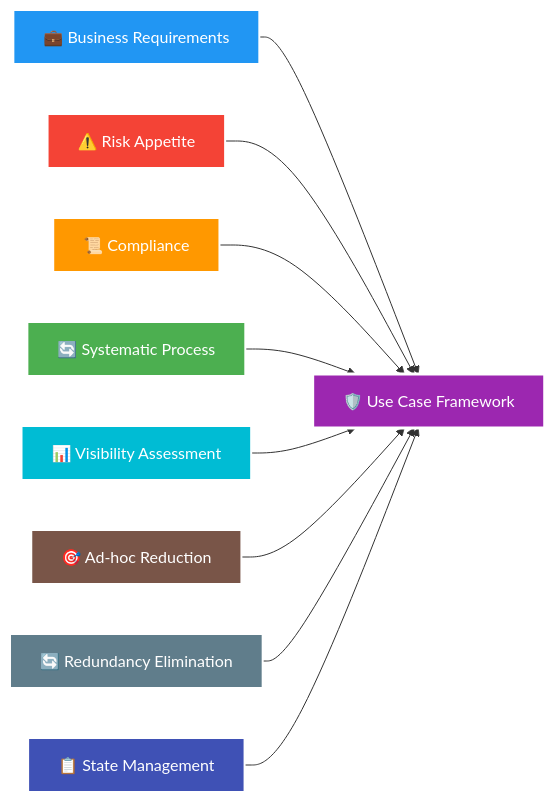
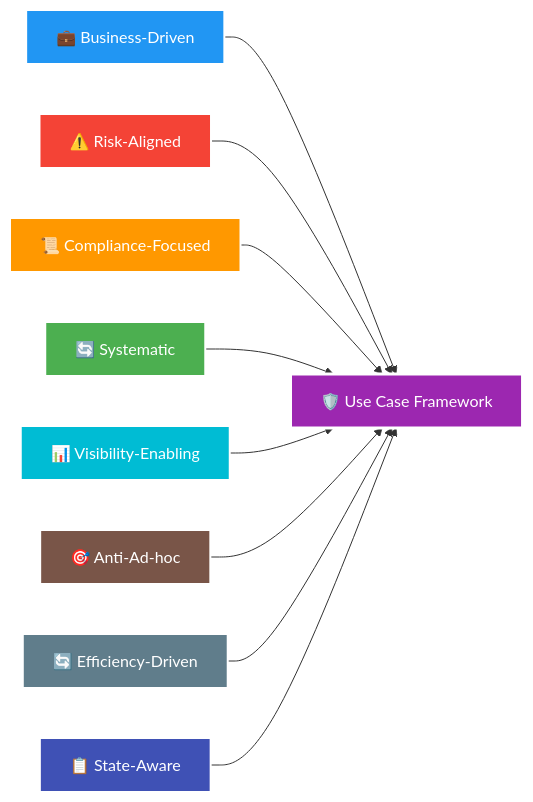
One commit to josamontiel/Detection-Engineering-Framework changed the fourth of 10 diagrams in DEF.md. Above: the diagram before and after it, drawn with Mermaid.

````diff
--- a/DEF.md
+++ b/DEF.md
@@ -193,21 +193,21 @@
 ```mermaid
 graph LR
-    A[💼 Business Requirements] --> B[🛡️ Use Case Framework]
-    C[⚠️ Risk Appetite] --> B
-    D[📜 Compliance] --> B
-    E[🔄 Systematic Process] --> B
-    F[📊 Visibility Assessment] --> B
-    G[🎯 Ad-hoc Reduction] --> B
-    H[🔄 Redundancy Elimination] --> B
-    I[📋 State Management] --> B
+    A[💼 Business-Driven] --> B[🛡️ Use Case Framework]
+    C[⚠️ Risk-Aligned] --> B
+    D[📜 Compliance-Focused] --> B
+    E[🔄 Systematic] --> B
+    F[📊 Visibility-Enabling] --> B
+    G[🎯 Anti-Ad-hoc] --> B
+    H[🔄 Efficiency-Driven] --> B
+    I[📋 State-Aware] --> B
     
     style A fill:#2196F3,stroke:#fff,stroke-width:2px,color:#fff
     style B fill:#9C27B0,stroke:#fff,stroke-width:3px,color:#fff
     style C fill:#F44336,stroke:#fff,stroke-width:2px,color:#fff
     style D fill:#FF9800,stroke:#fff,stroke-width:2px,color:#fff
     style E fill:#4CAF50,stroke:#fff,stroke-width:2px,color:#fff
     style F fill:#00BCD4,stroke:#fff,stroke-width:2px,color:#fff
     style G fill:#795548,stroke:#fff,stroke-width:2px,color:#fff
     style H fill:#607D8B,stroke:#fff,stroke-width:2px,color:#fff
     style I fill:#3F51B5,stroke:#fff,stroke-width:2px,color:#fff
 ```
````
